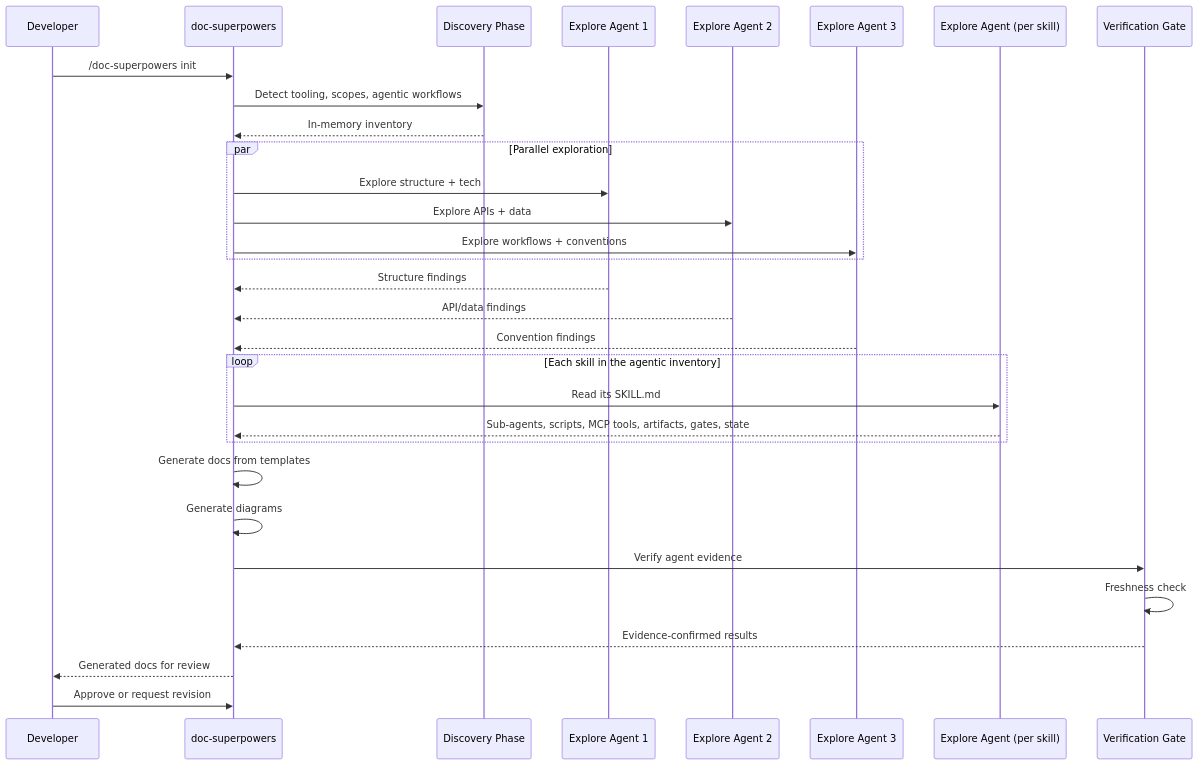
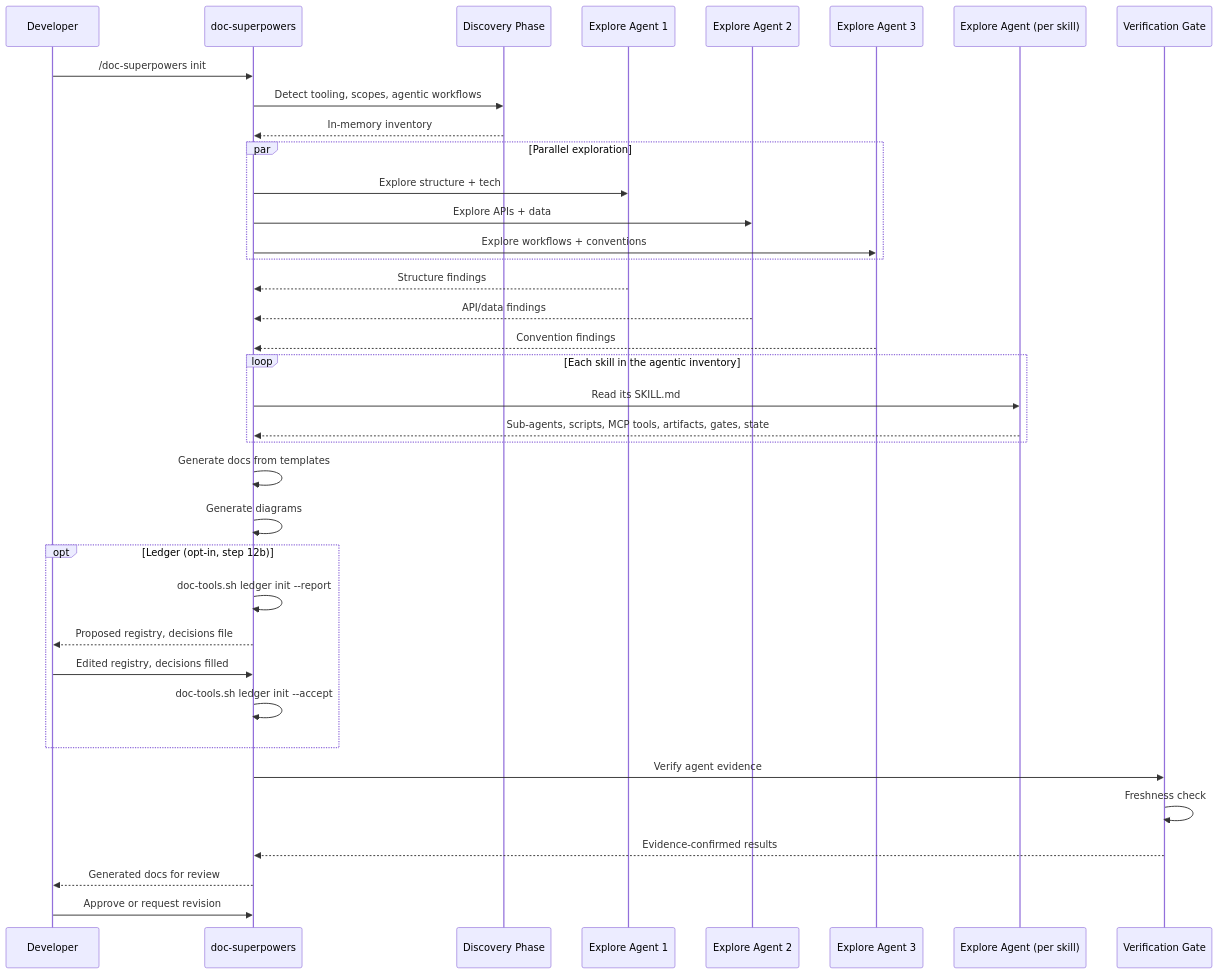
The tenth of 11 diagrams in docs/workflows/doc-superpowers.md (woodrowpearson/doc-superpowers), drawn with Mermaid before and after one commit. The commit also changed other lines of this file, not shown here.

First line of the commit message:
docs(workflows): the work ledger in the workflows doc and its diagram sources

````diff
--- a/docs/workflows/doc-superpowers.md
+++ b/docs/workflows/doc-superpowers.md
@@ -919,38 +965,45 @@
 ```mermaid
 sequenceDiagram
   participant U as Developer
   participant SK as doc-superpowers
   participant D as Discovery Phase
   participant E1 as Explore Agent 1
   participant E2 as Explore Agent 2
   participant E3 as Explore Agent 3
   participant ES as Explore Agent (per skill)
   participant V as Verification Gate
 
   U->>SK: /doc-superpowers init
   SK->>D: Detect tooling, scopes, agentic workflows
   D-->>SK: In-memory inventory
 
   par Parallel exploration
     SK->>E1: Explore structure + tech
     SK->>E2: Explore APIs + data
     SK->>E3: Explore workflows + conventions
   end
   E1-->>SK: Structure findings
   E2-->>SK: API/data findings
   E3-->>SK: Convention findings
 
   loop Each skill in the agentic inventory
     SK->>ES: Read its SKILL.md
     ES-->>SK: Sub-agents, scripts, MCP tools, artifacts, gates, state
   end
 
   SK->>SK: Generate docs from templates
   SK->>SK: Generate diagrams
 
+  opt Ledger (opt-in, step 12b)
+    SK->>SK: doc-tools.sh ledger init --report
+    SK-->>U: Proposed registry, decisions file
+    U->>SK: Edited registry, decisions filled
+    SK->>SK: doc-tools.sh ledger init --accept
+  end
+
   SK->>V: Verify agent evidence
   V->>V: Freshness check
   V-->>SK: Evidence-confirmed results
   SK-->>U: Generated docs for review
   U->>SK: Approve or request revision
 ```
````
